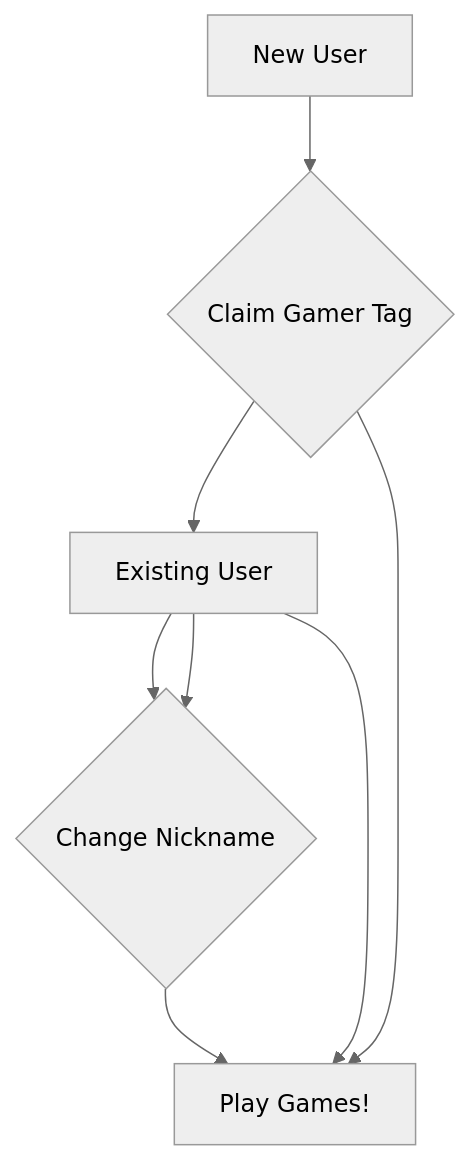
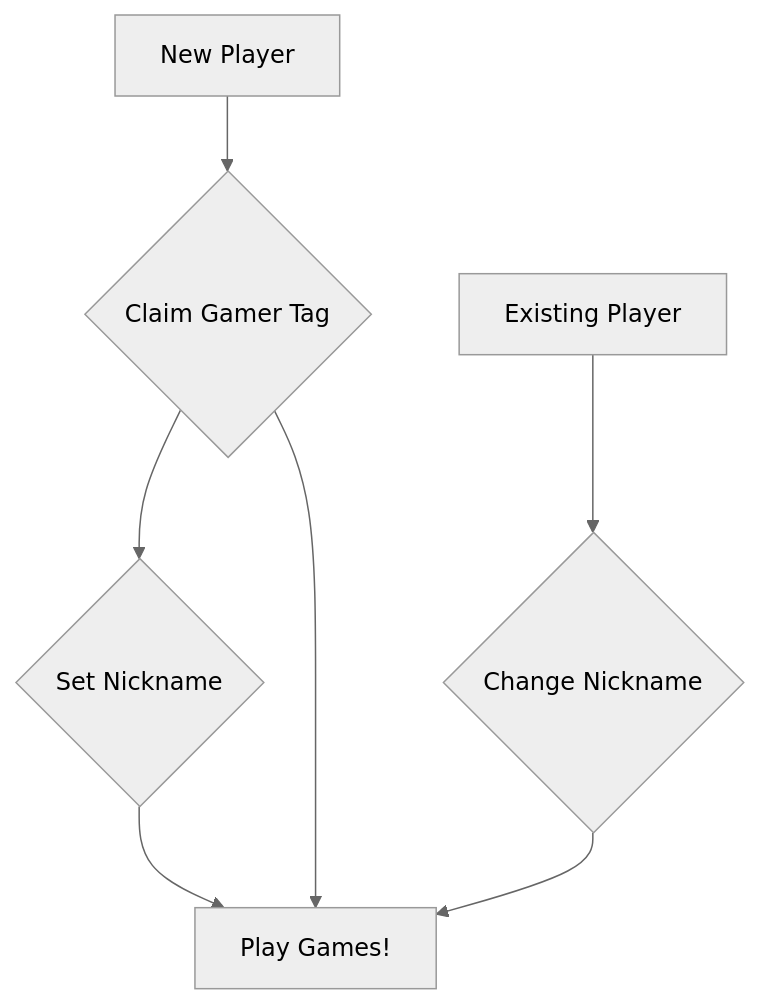
The diagram in README.md (TerryJHarrison/gamer-tag), drawn with Mermaid (neutral theme) before and after one commit.

Commit message:
Update flowchart

````diff
--- a/README.md
+++ b/README.md
@@ -6,9 +6,8 @@
 ```mermaid
 flowchart TD
-	A[New User] --> B{Claim Gamer Tag}
-	B --> C{Set Nickname}
-	C[Existing User] --> D{Change Nickname}
-	C --> D --> E[Play Games!]
-	B --> E
-	C --> E
+	A[New Player] --> B{Claim Gamer Tag} --> C{Set Nickname} --> D[Play Games!]
+	B --> D 
+	
+	E[Existing Player] --> F{Change Nickname}
+	F --> D 
 ```
````
